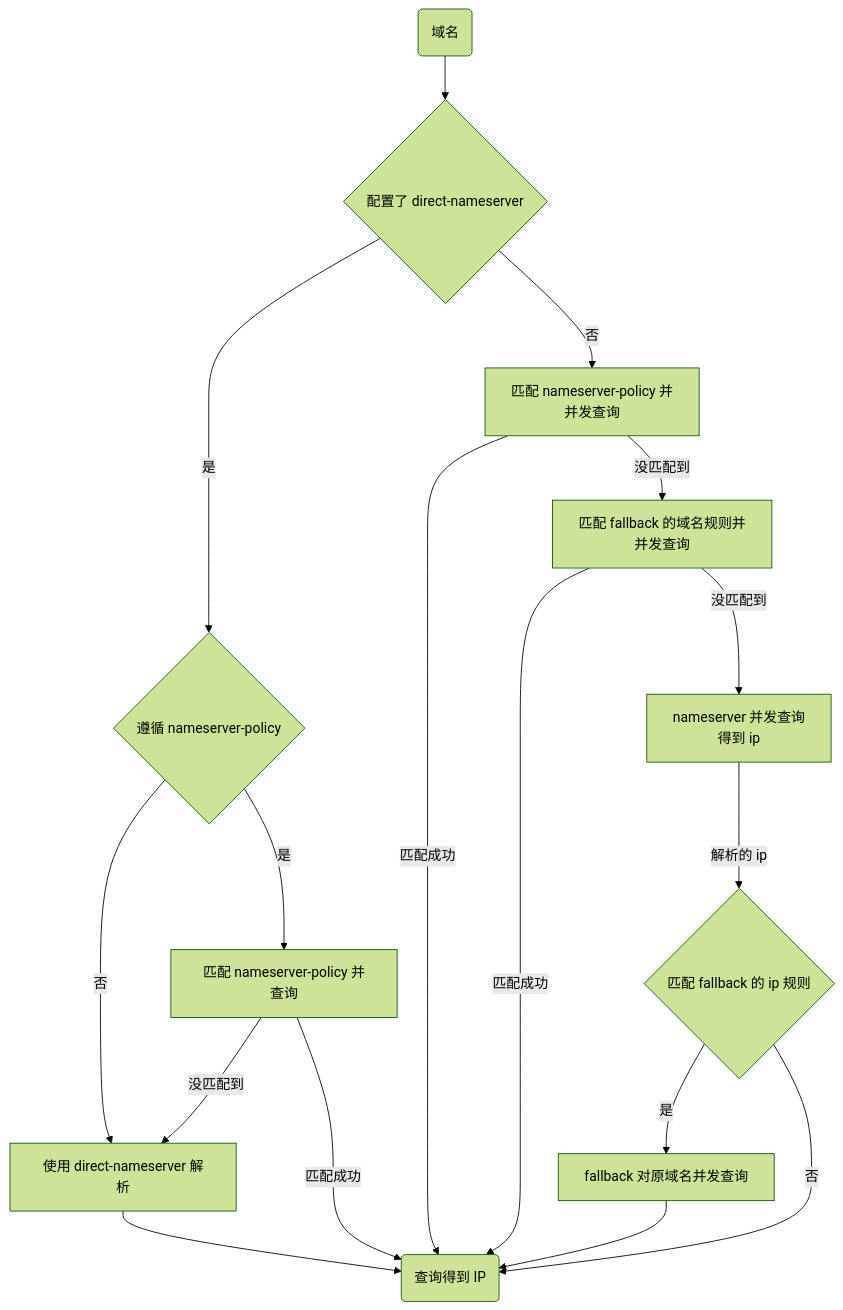
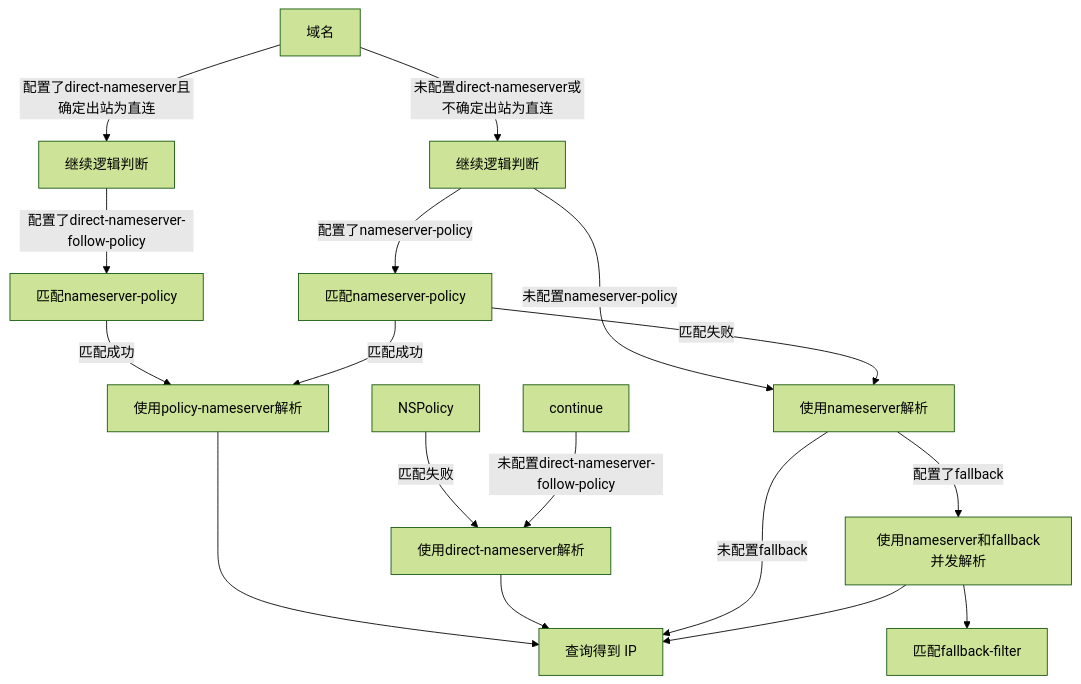
Before and after one commit to Jishi0/sub-rule: the second of 2 diagrams in mihomoDNS解析流程.md, drawn with Mermaid (forest theme). The commit also changed other lines of this file, not shown here.

````diff
--- a/mihomoDNS解析流程.md
+++ b/mihomoDNS解析流程.md
@@ -28,22 +28,21 @@
 ```mermaid
 flowchart TD
-  Start(域名) --> DirectResolverValid{配置了 direct-nameserver}
+  start[域名] --> |配置了direct-nameserver且确定出站为直连|continue1[继续逻辑判断]
+  continue1 --> |配置了direct-nameserver-follow-policy|NSPolicy1[匹配nameserver-policy]
+  NSPolicy1 --> |匹配成功|Policy_Lookup[使用policy-nameserver解析]
+  Policy_Lookup --> End[查询得到 IP]
+  NSPolicy --> |匹配失败|Direct_Lookup
+  continue --> |未配置direct-nameserver-follow-policy|Direct_Lookup[使用direct-nameserver解析]
+  Direct_Lookup --> End[查询得到 IP]
 
-  DirectResolverValid -- 是 --> DirectResolver{遵循 nameserver-policy}
-  DirectResolver -- 否 --> DirectResolver_Lookup[使用 direct-nameserver 解析]
-  DirectResolver -- 是 --> DirectResolver_NSPolicy[匹配 nameserver-policy 并查询 ]
-  DirectResolver_NSPolicy -- 没匹配到 --> DirectResolver_Lookup
-  DirectResolver_NSPolicy -- 匹配成功 --> End
-  DirectResolver_Lookup --> End
-
-  DirectResolverValid -- 否 --> NSPolicy[匹配 nameserver-policy 并<br>并发查询]
-  NSPolicy -- 匹配成功 --> End(查询得到 IP)
-  NSPolicy -- 没匹配到 --> FB_DOMAIN[匹配 fallback 的域名规则并<br>并发查询]
-  FB_DOMAIN -- 匹配成功 --> End
-  FB_DOMAIN -- 没匹配到 --> NS[nameserver 并发查询<br>得到 ip]
-  NS -- 解析的 ip --> FB_IP_Match{匹配 fallback 的 ip 规则}
-  FB_IP_Match -- 是 --> FB_IP[fallback 对原域名并发查询]
-  FB_IP_Match -- 否 --> End
-  FB_IP --> End
+  start --> |未配置direct-nameserver或不确定出站为直连|continue2[继续逻辑判断]
+  continue2 --> |配置了nameserver-policy|NSPolicy2[匹配nameserver-policy]
+  continue2 --> |未配置nameserver-policy|Lookup
+  NSPolicy2 --> |匹配成功|Policy_Lookup
+  NSPolicy2 --> |匹配失败|Lookup[使用nameserver解析]
+  Lookup --> |未配置fallback|End
+  Lookup --> |配置了fallback|FB_Lookup[使用nameserver和fallback并发解析]
+  FB_Lookup --> FB_IP_Match[匹配fallback-filter]
+  FB_Lookup --> End
 
 ```
````
